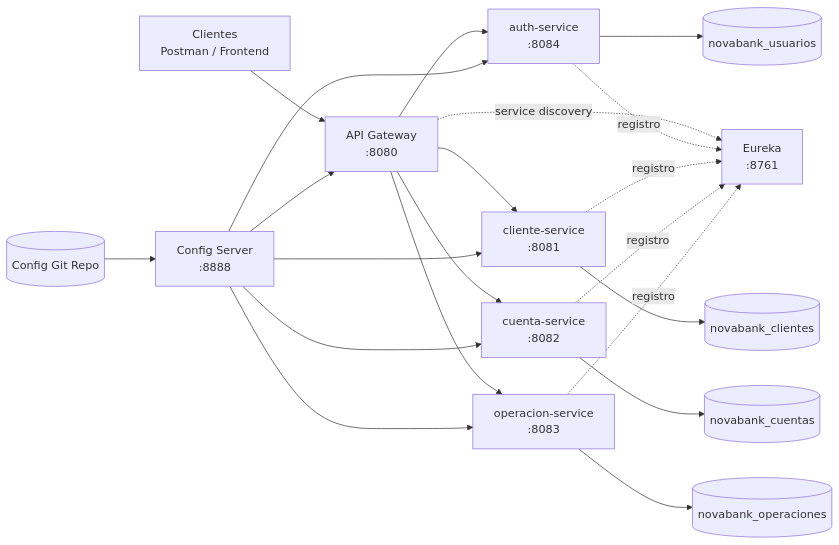
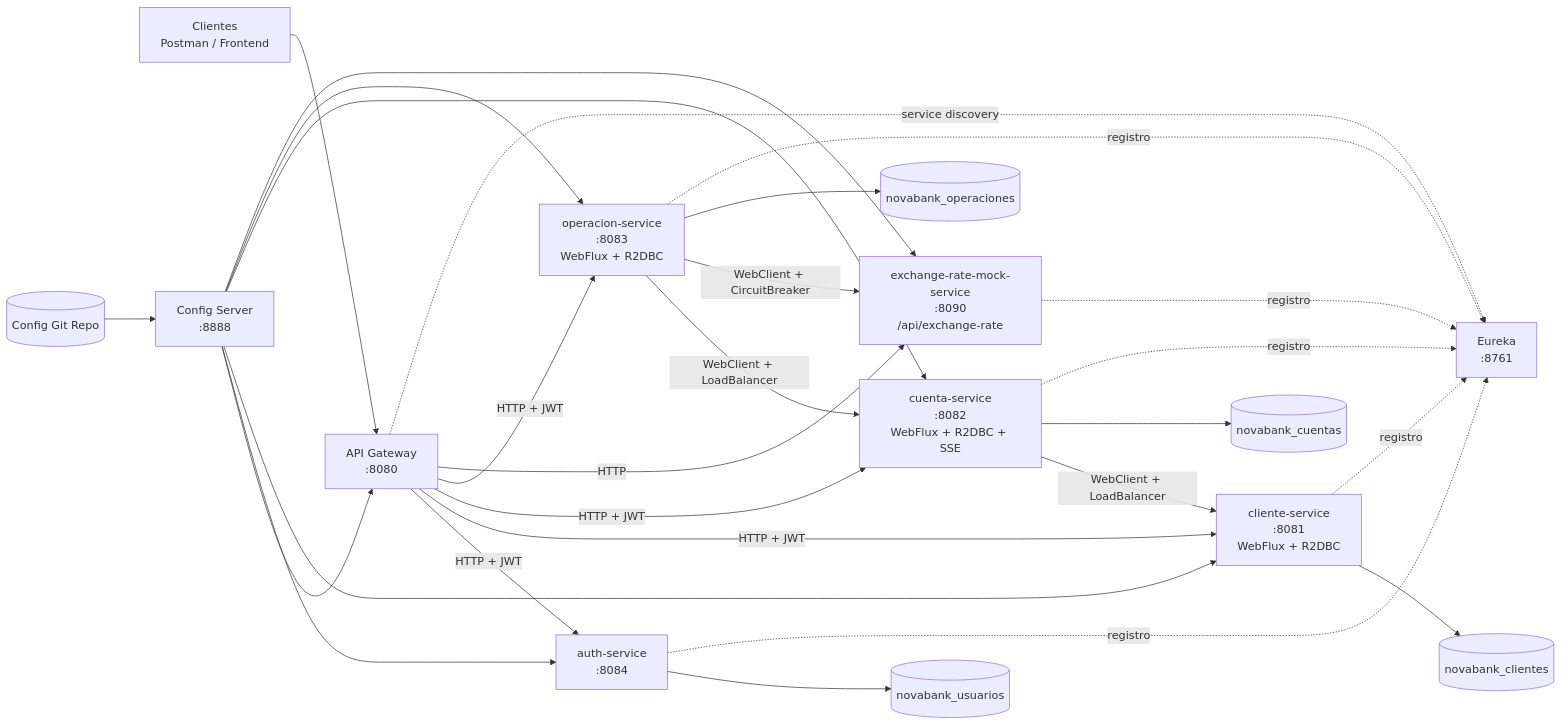
The first of 5 diagrams in README.md (jlangon187/NovaBank), drawn with Mermaid before and after one commit. The commit also changed other lines of this file, not shown here.

````diff
--- a/README.md
+++ b/README.md
@@ -46,26 +59,34 @@
 ```mermaid
 flowchart LR
     U[Clientes\nPostman / Frontend] --> GW[API Gateway\n:8080]
-    GW --> AU[auth-service\n:8084]
-    GW --> CL[cliente-service\n:8081]
-    GW --> CU[cuenta-service\n:8082]
-    GW --> OP[operacion-service\n:8083]
+
+    GW -->|HTTP + JWT| AU[auth-service\n:8084]
+    GW -->|HTTP + JWT| CL[cliente-service\n:8081\nWebFlux + R2DBC]
+    GW -->|HTTP + JWT| CU[cuenta-service\n:8082\nWebFlux + R2DBC + SSE]
+    GW -->|HTTP + JWT| OP[operacion-service\n:8083\nWebFlux + R2DBC]
+    GW -->|HTTP| FX[exchange-rate-mock-service\n:8090\n/api/exchange-rate]
+
+    CU -->|WebClient + LoadBalancer| CL
+    OP -->|WebClient + LoadBalancer| CU
+    OP -->|WebClient + CircuitBreaker| FX
 
     CL --> DB1[(novabank_clientes)]
     CU --> DB2[(novabank_cuentas)]
     OP --> DB3[(novabank_operaciones)]
     AU --> DB4[(novabank_usuarios)]
 
     GW -. service discovery .-> EU[Eureka\n:8761]
     AU -. registro .-> EU
     CL -. registro .-> EU
     CU -. registro .-> EU
     OP -. registro .-> EU
+    FX -. registro .-> EU
 
     CFG[Config Server\n:8888] --> GW
     CFG --> AU
     CFG --> CL
     CFG --> CU
     CFG --> OP
+    CFG --> FX
     GIT[(Config Git Repo)] --> CFG
 ```
````
